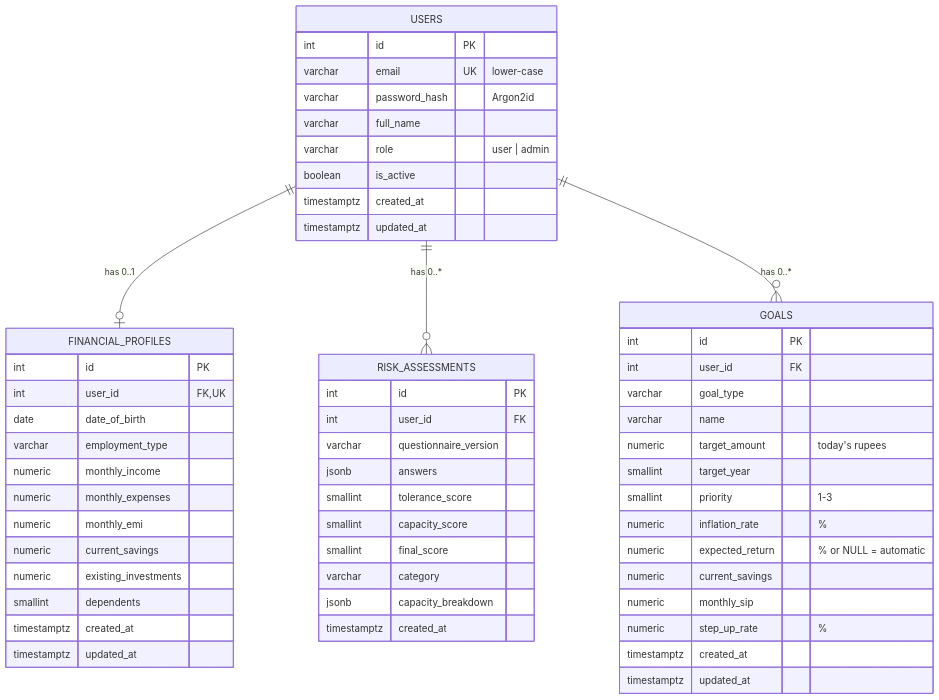
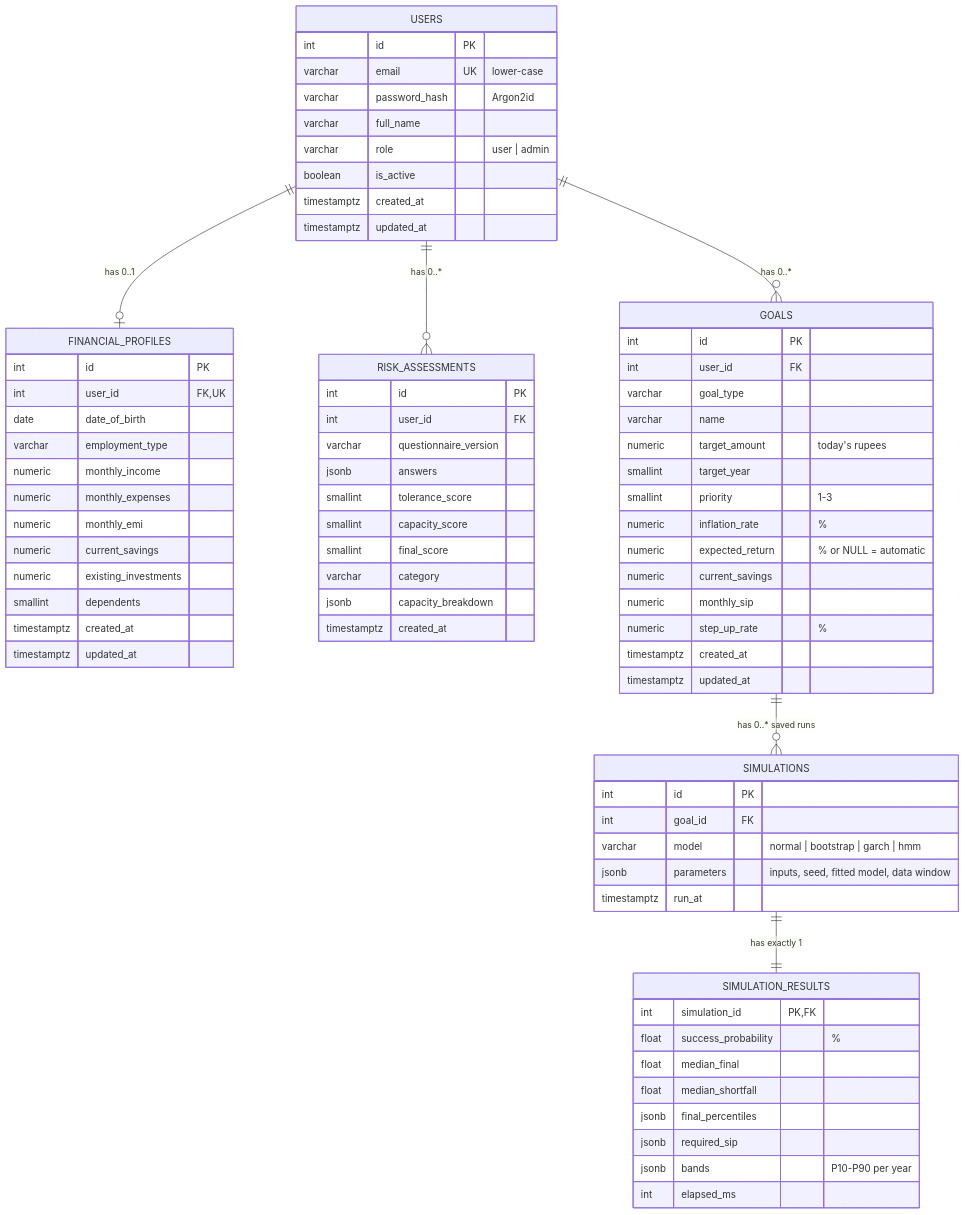
One commit to Mugundh98/goal_based_calculator changed the first of 2 diagrams in docs/database.md. Above: the diagram before and after it, drawn with Mermaid. The commit also changed other lines of this file and 11 other files, not shown here.

````diff
--- a/docs/database.md
+++ b/docs/database.md
@@ -9,58 +9,77 @@
 ```mermaid
 erDiagram
     USERS ||--o| FINANCIAL_PROFILES : "has 0..1"
     USERS ||--o{ RISK_ASSESSMENTS : "has 0..*"
     USERS ||--o{ GOALS : "has 0..*"
+    GOALS ||--o{ SIMULATIONS : "has 0..* saved runs"
+    SIMULATIONS ||--|| SIMULATION_RESULTS : "has exactly 1"
     USERS {
         int id PK
         varchar email UK "lower-case"
         varchar password_hash "Argon2id"
         varchar full_name
         varchar role "user | admin"
         boolean is_active
         timestamptz created_at
         timestamptz updated_at
     }
     FINANCIAL_PROFILES {
         int id PK
         int user_id FK,UK
         date date_of_birth
         varchar employment_type
         numeric monthly_income
         numeric monthly_expenses
         numeric monthly_emi
         numeric current_savings
         numeric existing_investments
         smallint dependents
         timestamptz created_at
         timestamptz updated_at
     }
     RISK_ASSESSMENTS {
         int id PK
         int user_id FK
         varchar questionnaire_version
         jsonb answers
         smallint tolerance_score
         smallint capacity_score
         smallint final_score
         varchar category
         jsonb capacity_breakdown
         timestamptz created_at
     }
     GOALS {
         int id PK
         int user_id FK
         varchar goal_type
         varchar name
         numeric target_amount "today's rupees"
         smallint target_year
         smallint priority "1-3"
         numeric inflation_rate "%"
         numeric expected_return "% or NULL = automatic"
         numeric current_savings
         numeric monthly_sip
         numeric step_up_rate "%"
         timestamptz created_at
         timestamptz updated_at
     }
+    SIMULATIONS {
+        int id PK
+        int goal_id FK
+        varchar model "normal | bootstrap | garch | hmm"
+        jsonb parameters "inputs, seed, fitted model, data window"
+        timestamptz run_at
+    }
+    SIMULATION_RESULTS {
+        int simulation_id PK,FK
+        float success_probability "%"
+        float median_final
+        float median_shortfall
+        jsonb final_percentiles
+        jsonb required_sip
+        jsonb bands "P10-P90 per year"
+        int elapsed_ms
+    }
 ```
````
